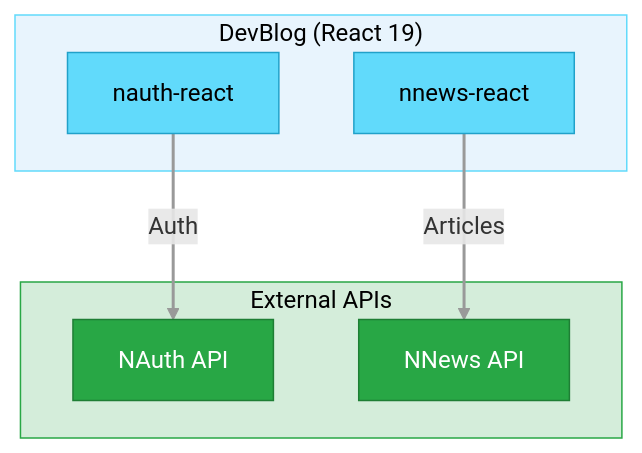
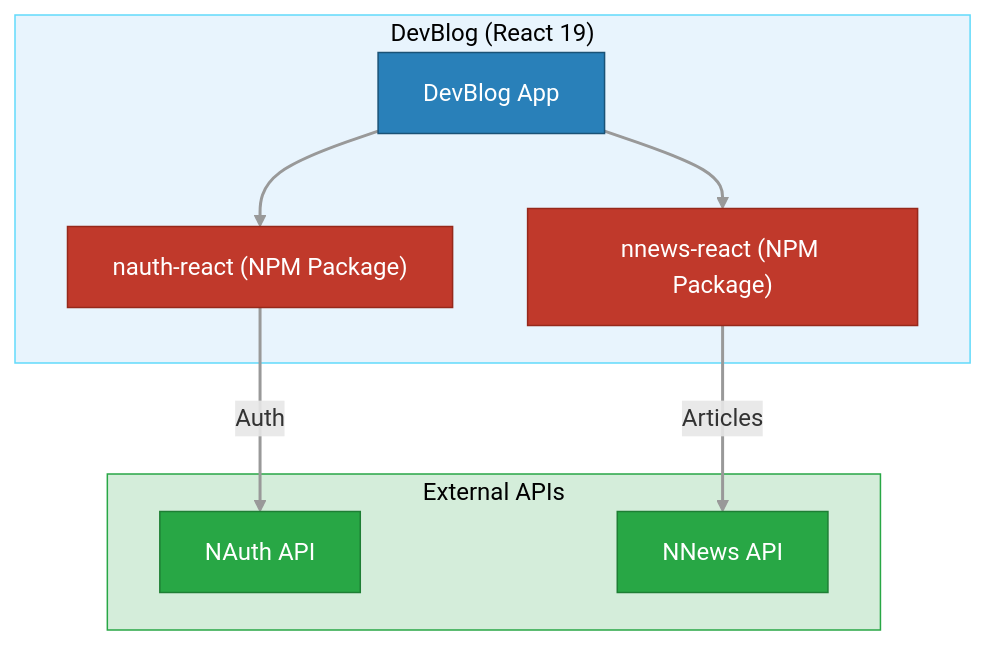
The diagram in emagine-site/src/data/diagrams/devblog.mmd (emaginebr/emagine-deploy), drawn with Mermaid before and after one commit. The commit also changed 111 other files, not shown here.

Commit message:
fix: refactory diagrams

```diff
--- a/emagine-site/src/data/diagrams/devblog.mmd
+++ b/emagine-site/src/data/diagrams/devblog.mmd
@@ -1,27 +1,29 @@
 graph TD
     subgraph App["DevBlog (React 19)"]
-        NAuthReact["nauth-react"]
-        NNewsReact["nnews-react"]
+        DevBlogApp["DevBlog App"]
+        NAuthReact["nauth-react (NPM Package)"]
+        NNewsReact["nnews-react (NPM Package)"]
     end
     subgraph External["External APIs"]
         NAuthAPI["NAuth API"]
         NNewsAPI["NNews API"]
     end
 
+    DevBlogApp --> NAuthReact
+    DevBlogApp --> NNewsReact
     NAuthReact -->|"Auth"| NAuthAPI
     NNewsReact -->|"Articles"| NNewsAPI
 
-    click NAuthReact mermaidCallback "NAuthReact"
-    click NNewsReact mermaidCallback "NNewsReact"
-    click NAuthAPI mermaidCallback "NAuthAPI"
-    click NNewsAPI mermaidCallback "NNewsAPI"
+    click NAuthAPI mermaidCallback "NAuth"
+    click NNewsAPI mermaidCallback "NNews"
 
-    style NAuthReact fill:#61DAFB,stroke:#21a1c9,color:#000
-    style NNewsReact fill:#61DAFB,stroke:#21a1c9,color:#000
+    style DevBlogApp fill:#2980b9,stroke:#1a5276,color:#fff
+    style NAuthReact fill:#c0392b,stroke:#96281B,color:#fff
+    style NNewsReact fill:#c0392b,stroke:#96281B,color:#fff
     style NAuthAPI fill:#28a745,stroke:#1e7e34,color:#fff
     style NNewsAPI fill:#28a745,stroke:#1e7e34,color:#fff
 
     style App fill:#e8f4fd,stroke:#61DAFB,color:#000
     style External fill:#d4edda,stroke:#28a745,color:#000
 
     linkStyle default stroke:#999,stroke-width:2px
```
